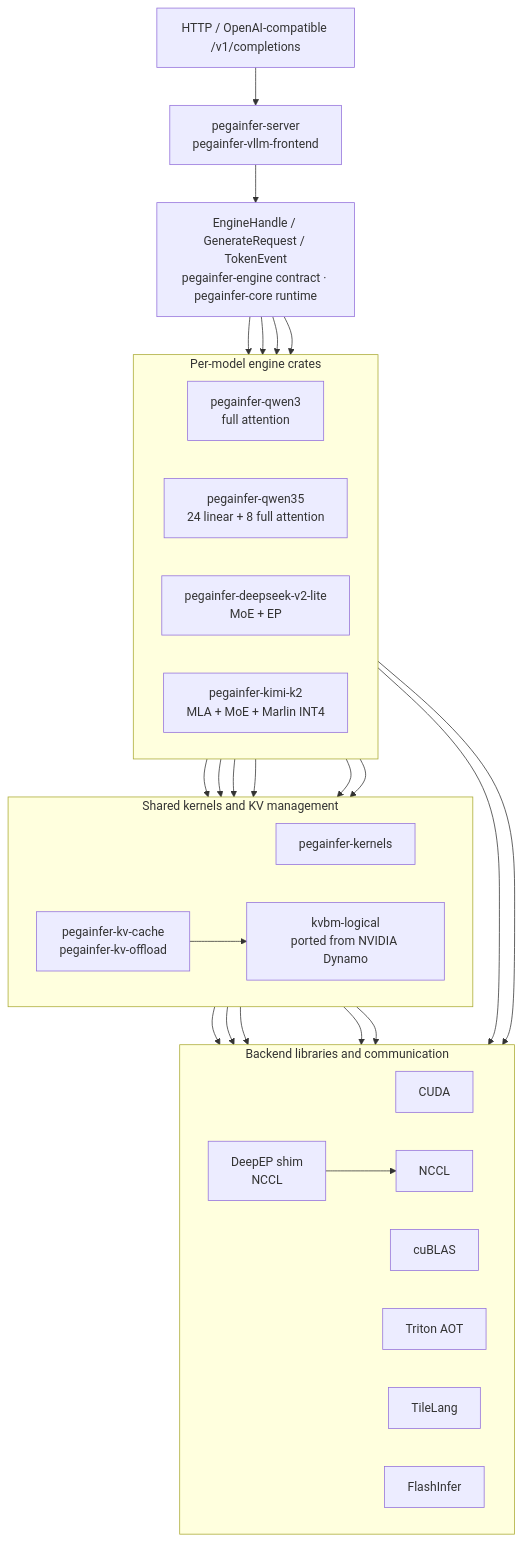
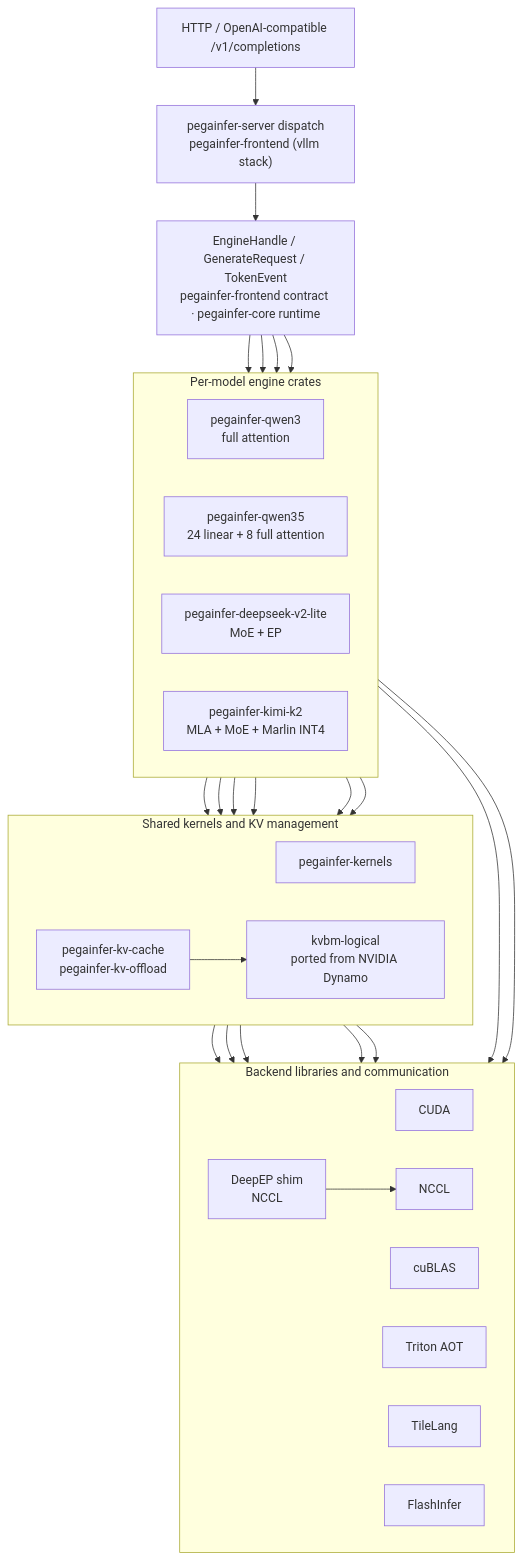
One commit to CAICAIIs/pegainfer changed the diagram in README.md. Above: the diagram before and after it, drawn with Mermaid. The commit also changed 182 other files, not shown here.

First line of the commit message:
refactor(frontend): consolidate serving frontend into pegainfer-frontend + ModelLine dispatch (#855)

````diff
--- a/README.md
+++ b/README.md
@@ -224,58 +224,58 @@
 ```mermaid
 flowchart TB
     api["HTTP / OpenAI-compatible /v1/completions"]
-    frontend["pegainfer-server<br/>pegainfer-vllm-frontend"]
-    runtime["EngineHandle / GenerateRequest / TokenEvent<br/>pegainfer-engine contract · pegainfer-core runtime"]
+    frontend["pegainfer-server dispatch<br/>pegainfer-frontend (vllm stack)"]
+    runtime["EngineHandle / GenerateRequest / TokenEvent<br/>pegainfer-frontend contract · pegainfer-core runtime"]
 
     api --> frontend
     frontend --> runtime
 
     subgraph engines["Per-model engine crates"]
         direction LR
         qwen3["pegainfer-qwen3<br/>full attention"]
         qwen35["pegainfer-qwen35<br/>24 linear + 8 full attention"]
         dsv2["pegainfer-deepseek-v2-lite<br/>MoE + EP"]
         kimi["pegainfer-kimi-k2<br/>MLA + MoE + Marlin INT4"]
     end
 
     runtime --> qwen3
     runtime --> qwen35
     runtime --> dsv2
     runtime --> kimi
 
     subgraph shared["Shared kernels and KV management"]
         direction LR
         kernels["pegainfer-kernels"]
         kvcache["pegainfer-kv-cache<br/>pegainfer-kv-offload"]
         kvbm["kvbm-logical<br/>ported from NVIDIA Dynamo"]
     end
 
     qwen3 --> kernels
     qwen35 --> kernels
     dsv2 --> kernels
     kimi --> kernels
 
     qwen3 --> kvcache
     kimi --> kvcache
     kvcache --> kvbm
 
     subgraph backends["Backend libraries and communication"]
         direction LR
         cuda["CUDA"]
         cublas["cuBLAS"]
         triton["Triton AOT"]
         tilelang["TileLang"]
         flashinfer["FlashInfer"]
         nccl["NCCL"]
         deepep["DeepEP shim<br/>NCCL"]
     end
 
     kernels --> cuda
     kernels --> cublas
     kernels --> triton
     kernels --> tilelang
     kernels --> flashinfer
     dsv2 --> nccl
     kimi --> deepep
     deepep --> nccl
 ```
````
